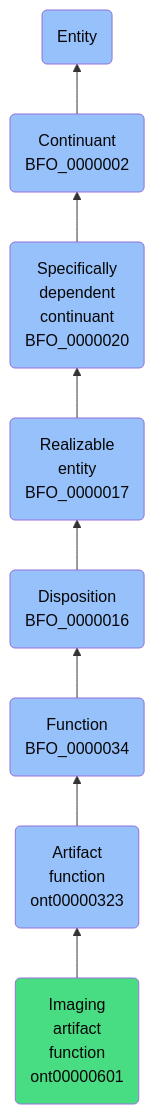
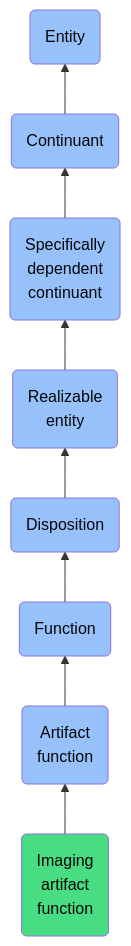
One commit to jupyter-naas/abi changed the diagram in docs/ontology/reference/model/Entity/Continuant/Specifically dependent continuant/Realizable entity/Disposition/Function/Artifact function/Imaging artifact function/Imaging artifact function.md. Above: the diagram before and after it, drawn with Mermaid. The commit also changed other lines of this file and 1430 other files, not shown here.

````diff
--- a/docs/ontology/reference/model/Entity/Continuant/Specifically dependent continuant/Realizable entity/Disposition/Function/Artifact function/Imaging artifact function/Imaging artifact function.md
+++ b/docs/ontology/reference/model/Entity/Continuant/Specifically dependent continuant/Realizable entity/Disposition/Function/Artifact function/Imaging artifact function/Imaging artifact function.md
@@ -24,15 +24,15 @@
 ```mermaid
 graph BT
-    ont00000601(Imaging<br>artifact<br>function<br>ont00000601):::ABI-->ont00000323
-    ont00000323(Artifact<br>function<br>ont00000323):::BFO-->BFO_0000034
-    BFO_0000034(Function<br>BFO_0000034):::BFO-->BFO_0000016
-    BFO_0000016(Disposition<br>BFO_0000016):::BFO-->BFO_0000017
-    BFO_0000017(Realizable<br>entity<br>BFO_0000017):::BFO-->BFO_0000020
-    BFO_0000020(Specifically<br>dependent<br>continuant<br>BFO_0000020):::BFO-->BFO_0000002
-    BFO_0000002(Continuant<br>BFO_0000002):::BFO-->BFO_0000001
+    ont00000601(Imaging<br>artifact<br>function):::ABI-->ont00000323
+    ont00000323(Artifact<br>function):::BFO-->BFO_0000034
+    BFO_0000034(Function):::BFO-->BFO_0000016
+    BFO_0000016(Disposition):::BFO-->BFO_0000017
+    BFO_0000017(Realizable<br>entity):::BFO-->BFO_0000020
+    BFO_0000020(Specifically<br>dependent<br>continuant):::BFO-->BFO_0000002
+    BFO_0000002(Continuant):::BFO-->BFO_0000001
     BFO_0000001(Entity):::BFO
     
     classDef BFO fill:#97c1fb,color:#060606
     classDef CCO fill:#e4c51e,color:#060606
     classDef ABI fill:#48DD82,color:#060606
 ```
````
